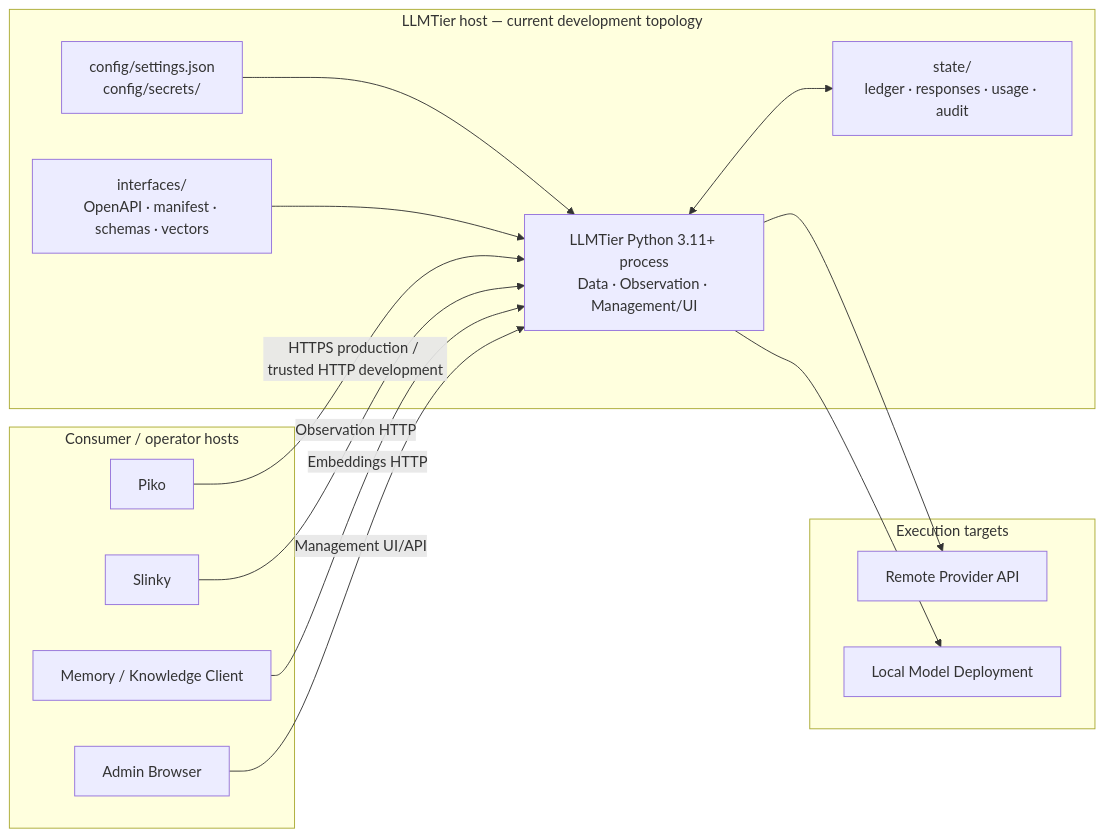
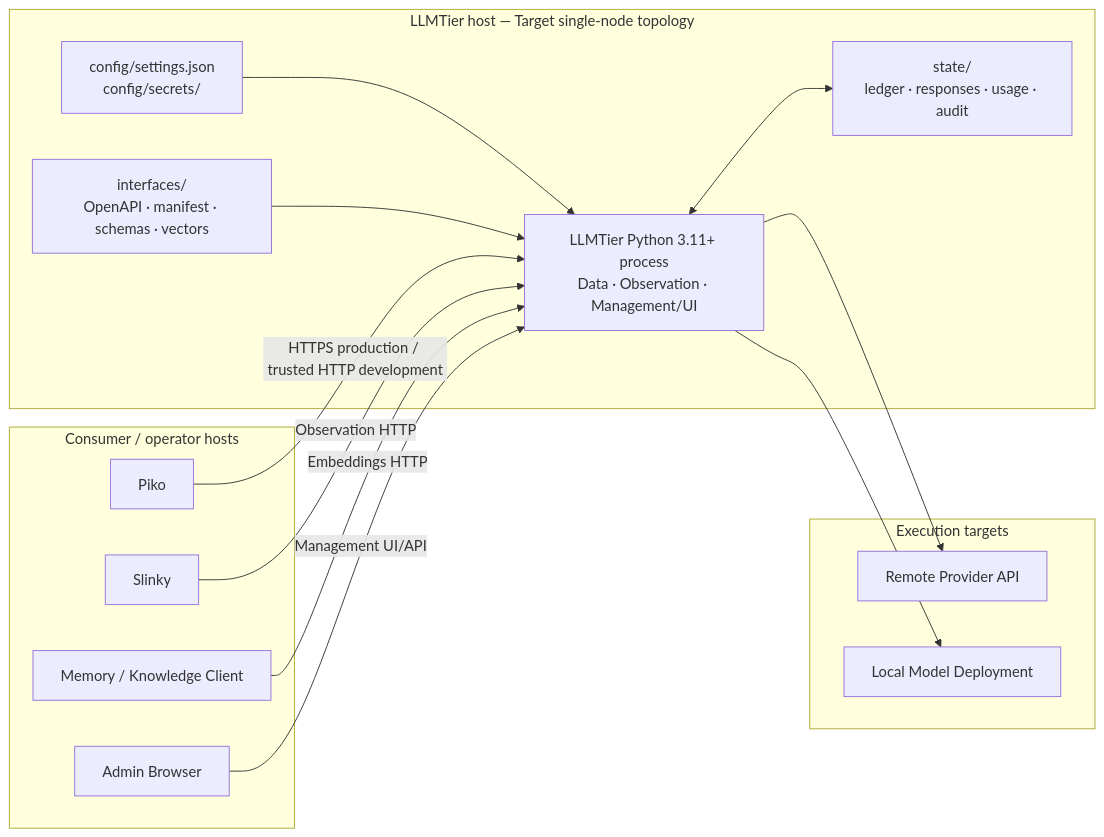
Before and after one commit to corezilla/LLMTier: the fifth of 5 diagrams in docs/20_system_design/llmtier-system-design.md, drawn with Mermaid. The commit also changed other lines of this file and 7 other files, not shown here.

````diff
--- a/docs/20_system_design/llmtier-system-design.md
+++ b/docs/20_system_design/llmtier-system-design.md
@@ -346,31 +399,31 @@
 ```mermaid
 flowchart LR
     subgraph ClientHosts["Consumer / operator hosts"]
         P["Piko"]
         S["Slinky"]
         M["Memory / Knowledge Client"]
         Browser["Admin Browser"]
     end
 
-    subgraph LLHost["LLMTier host — current development topology"]
+    subgraph LLHost["LLMTier host — Target single-node topology"]
         Service["LLMTier Python 3.11+ process<br/>Data · Observation · Management/UI"]
         Config["config/settings.json<br/>config/secrets/"]
         State["state/<br/>ledger · responses · usage · audit"]
         Contract["interfaces/<br/>OpenAPI · manifest · schemas · vectors"]
         Config --> Service
         Contract --> Service
         Service <--> State
     end
 
     subgraph ModelTargets["Execution targets"]
         Remote["Remote Provider API"]
         Local["Local Model Deployment"]
     end
 
     P -->|HTTPS production / trusted HTTP development| Service
     S -->|Observation HTTP| Service
     M -->|Embeddings HTTP| Service
     Browser -->|Management UI/API| Service
     Service --> Remote
     Service --> Local
 ```
````
